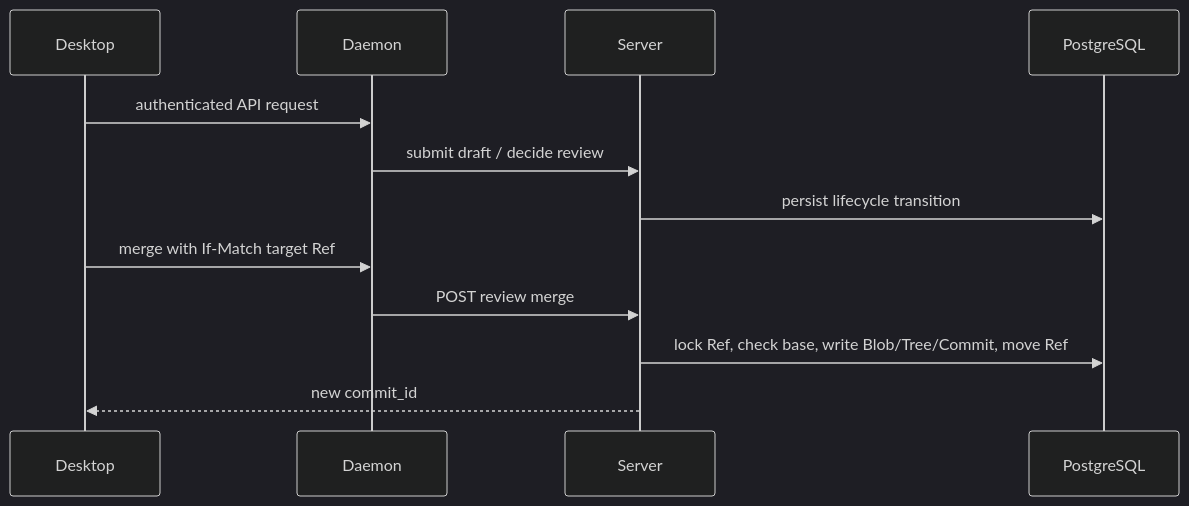
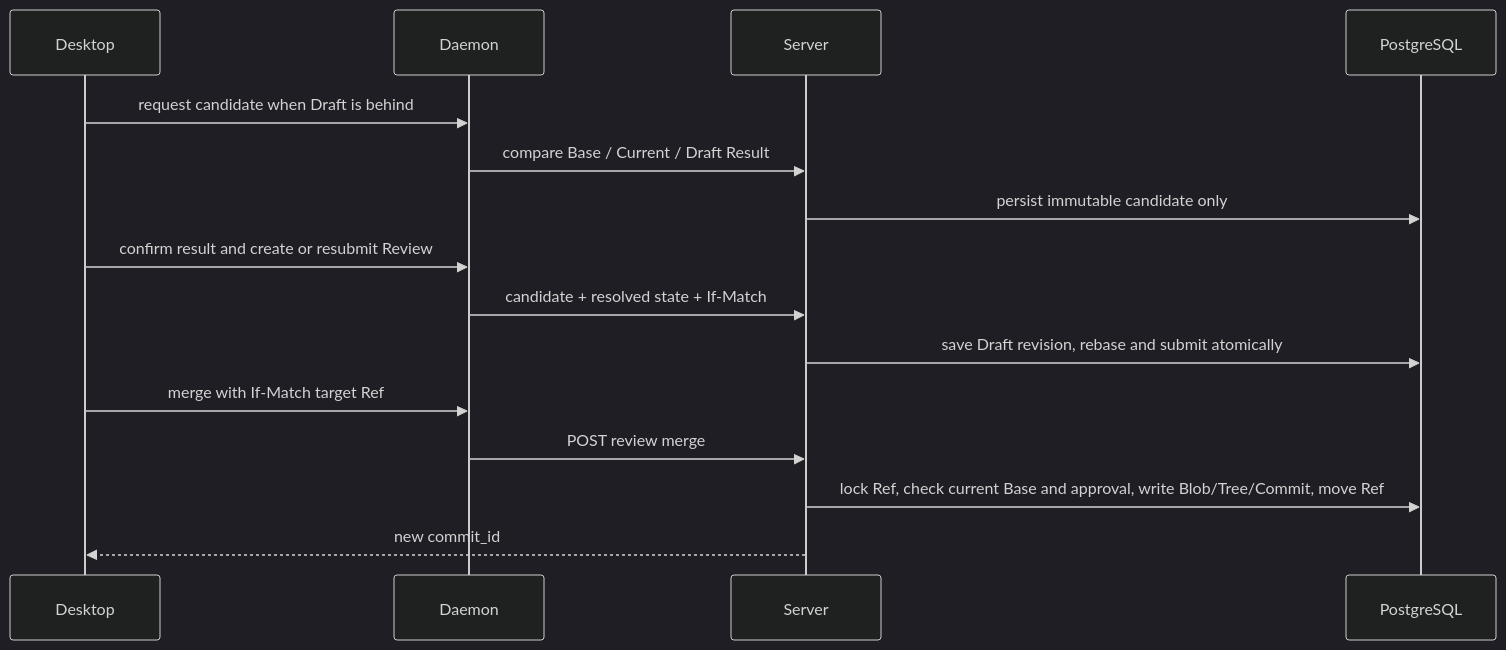
Before and after one commit to dylanwangeth/clumsies: the third of 4 diagrams in docs/architecture.md, drawn with Mermaid (dark theme). The commit also changed other lines of this file and 42 other files, not shown here.

````diff
--- a/docs/architecture.md
+++ b/docs/architecture.md
@@ -83,15 +83,18 @@
 ```mermaid
 sequenceDiagram
     participant Desktop
     participant Daemon
     participant Server
     participant DB as PostgreSQL
 
-    Desktop->>Daemon: authenticated API request
-    Daemon->>Server: submit draft / decide review
-    Server->>DB: persist lifecycle transition
+    Desktop->>Daemon: request candidate when Draft is behind
+    Daemon->>Server: compare Base / Current / Draft Result
+    Server->>DB: persist immutable candidate only
+    Desktop->>Daemon: confirm result and create or resubmit Review
+    Daemon->>Server: candidate + resolved state + If-Match
+    Server->>DB: save Draft revision, rebase and submit atomically
     Desktop->>Daemon: merge with If-Match target Ref
     Daemon->>Server: POST review merge
-    Server->>DB: lock Ref, check base, write Blob/Tree/Commit, move Ref
+    Server->>DB: lock Ref, check current Base and approval, write Blob/Tree/Commit, move Ref
     Server-->>Desktop: new commit_id
 ```
````
